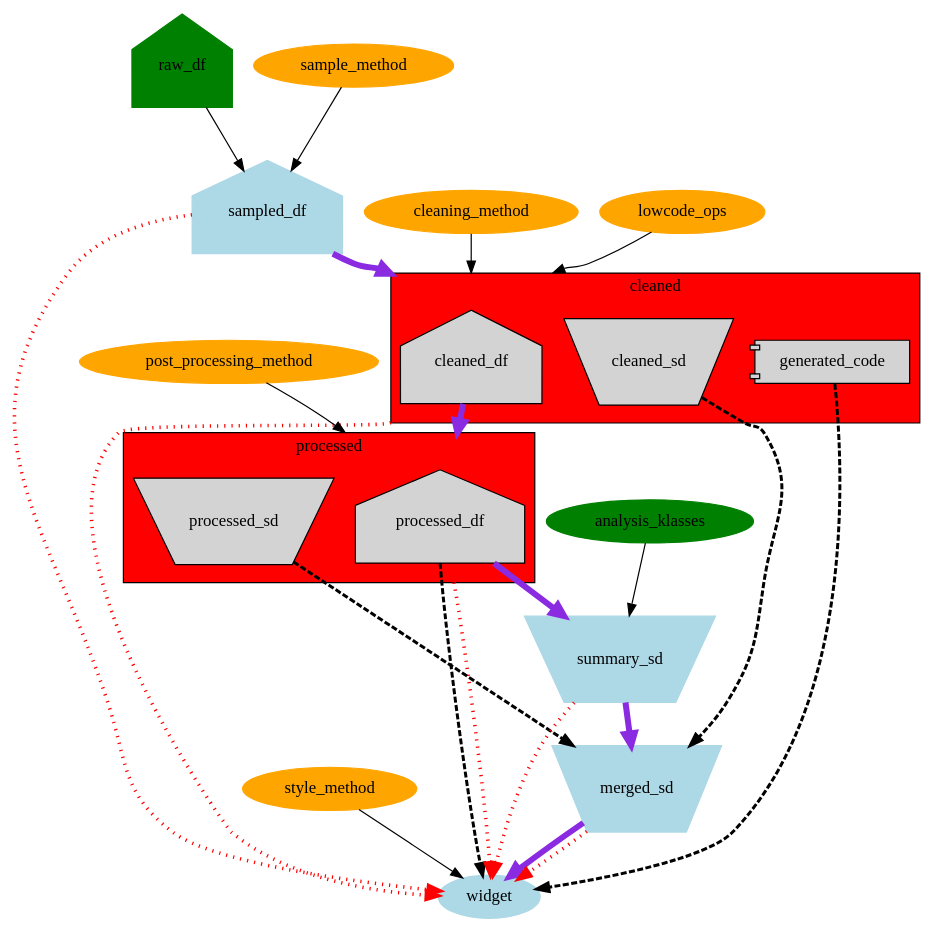
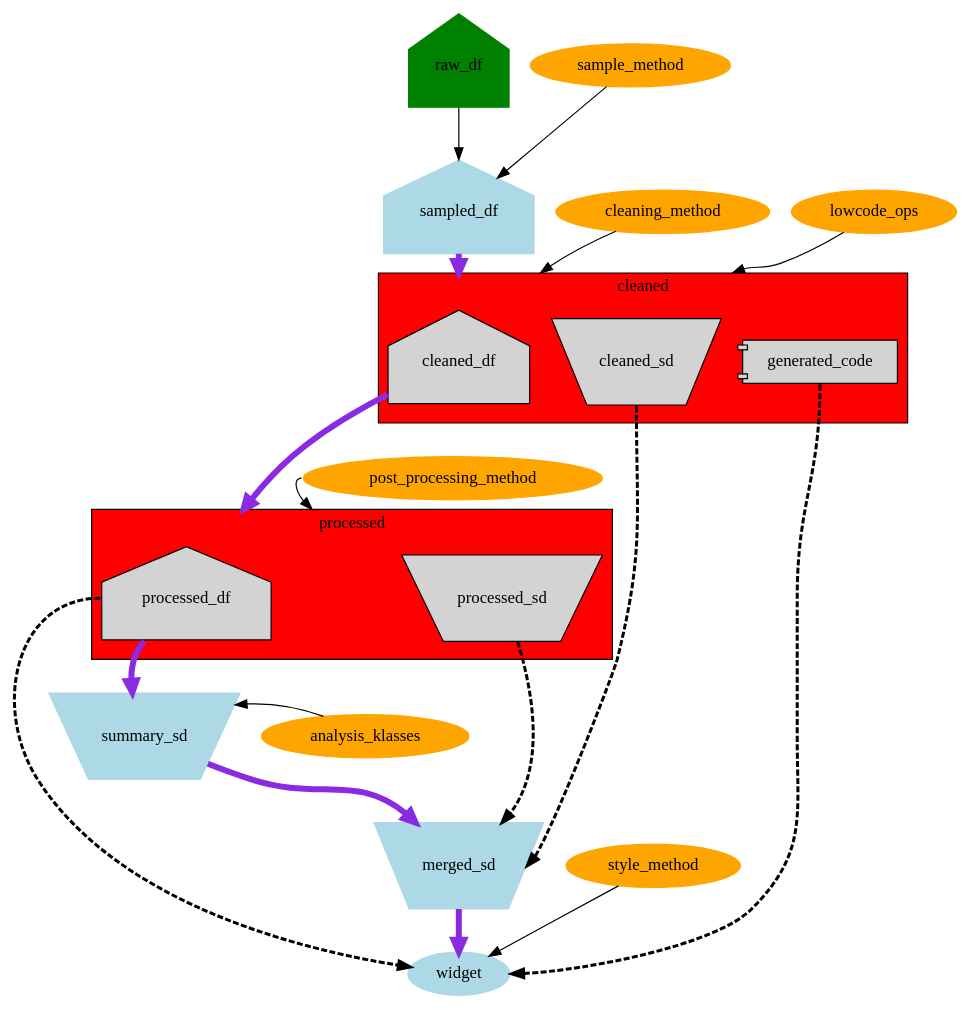
The diagram in docs/source/articles/dataflow.dot (paddymul/buckaroo), drawn with Graphviz before and after one commit. The commit also changed other lines of this file, not shown here.

Commit message:
more orderd graph

```diff
--- a/docs/source/articles/dataflow.dot
+++ b/docs/source/articles/dataflow.dot
@@ -1,69 +1,142 @@
 digraph g {
     compound=true;
-	ratio = fill;
-	k=.8
-	node [style=filled];
+    newrank=true;
+	node [style=filled;    ];
+
+//define nodes or cluster then links to the next level
+//level raw_df
 raw_df [color="green"; shape="house" height=1.2]
 sample_method [color="orange"];
 
-raw_df -> sampled_df;
-sample_method -> sampled_df;
+{
+    rank = same;
+    // Here you enforce the desired order with "invisible" edges and arrowheads
+    edge[ style=invis];
+    raw_df -> sample_method;
+    rankdir = LR;
+}
 
+    raw_df -> sampled_df [weight=20];
+    sample_method -> sampled_df;
+
+//sampled_df level
 sampled_df [color="lightblue"; shape="house" height=1.2];
 cleaning_method [color="orange"];
-lowcode_ops [color="orange"];
+lowcode_ops [color="orange" ];
+
+{
+    rank = same;
+    edge[ style=invis];
+    sampled_df -> cleaning_method -> lowcode_ops;
+    rankdir = LR;
+}
+	cleaning_method -> cleaned_df [lhead=cluster_cleaned]
+	lowcode_ops -> cleaned_sd [lhead=cluster_cleaned]
+
+//cluster cleaned level
 
 subgraph cluster_cleaned {
     label="cleaned";
     fillcolor="red";
     style=filled;
-    cleaned_df [shape="house" height=1.2;];
-    cleaned_sd [shape="invtrapezium" height=1 width=.5];
-    generated_code [shape="component"];
+
+    cleaned_df [shape="house" height=1.2;     ];
+    cleaned_sd [shape="invtrapezium" height=1 width=.5 group="sd"];
+    {
+        rank = same;
+        edge[ style=invis];
+        cleaned_df ->  cleaned_sd -> generated_code ;
+        rankdir = LR;
+    }
 }
 
-	sampled_df -> cleaned_df [lhead=cluster_cleaned; color="blueviolet"; penwidth = 5;]
-	cleaning_method -> cleaned_df [lhead=cluster_cleaned]
-	lowcode_ops -> cleaned_df [lhead=cluster_cleaned]
-  
+//forces post_processing_method onto a separate line
+cleaned_df -> post_processing_method[style=invis]; 
+post_processing_method [color="orange"];
 
-subgraph cluster_processed {
-	 label="processed";
-	 fillcolor="red";
-	 style=filled;
-     processed_df [shape="house" height=1.2];
-	 processed_sd  [shape="invtrapezium" height=1 width=.5];
+
+{
+    rank = same;
+    edge[ style=invis];
+    //foo  ->  post_processing_method;
+    //foo[style=invis]
+    rankdir = LR;
 }
 
-	cleaned_df -> processed_df[lhead=cluster_processed; color="blueviolet"; penwidth = 5; weight=3 ];
-	post_processing_method -> processed_df[lhead=cluster_processed];
-post_processing_method [color="orange"];
+	sampled_df -> cleaned_df [lhead=cluster_cleaned; color="blueviolet"; 
+	                          penwidth = 5; weight=60]
 
-    processed_df -> summary_sd [ color="blueviolet"; penwidth = 5; sametail="asdf" weight=5] ;
-	analysis_klasses -> summary_sd [weight=4];
+    post_processing_method -> processed_sd[headport="e" tailport="w" 
+                                          lhead=cluster_processed];
 
-summary_sd [color="lightblue" shape="invtrapezium" height=1 width=.5];
-analysis_klasses [color="green"];
+//cluster_processed level
+subgraph cluster_processed {
+	label="processed";
+	fillcolor="red";
+	style=filled;
+	processed_df [shape="house" height=1.2  group="summary"];
+	processed_sd  [shape="invtrapezium" height=1 width=.5 group="sd"];
+    {
+        rank = same;
+        edge[ style=invis];
+        processed_df -> processed_sd;
+        rankdir = LR;
+    }
+}
 
-	cleaned_sd -> merged_sd [style="dashed" weight=2.5 penwidth=2.5];
-	summary_sd -> merged_sd  [color="blueviolet"; penwidth = 5];
-	processed_sd -> merged_sd [style="dashed" penwidth=2.5];
+	cleaned_df -> processed_df[
+	    lhead=cluster_processed; color="blueviolet"; weight=100; penwidth = 5;  ];
 
-merged_sd [color="lightblue"; shape="invtrapezium" height=1 width=.5]
+
+    processed_df -> summary_sd [ color="blueviolet"; penwidth = 5; weight=6;
+                                tailport="sw" weight=50] ;
+    
+    {
+        rank=same;
+        analysis_klasses [color="orange"  group="summary"];
+        summary_sd;
+        summary_sd -> analysis_klasses [style=invis;]
+    }
+	analysis_klasses -> summary_sd  ;
+
+
+summary_sd [color="lightblue" shape="invtrapezium" height=1 width=.5 group="summary"];
+//analysis_klasses [color="green"];
+
+	summary_sd -> merged_sd  [color="blueviolet"; penwidth = 5; headport="nw" weight=60];
+	processed_sd -> merged_sd [style="dashed" headport="ne" weight=40 penwidth=2.5];
+
+	cleaned_sd -> merged_sd [style="dashed" tailport="s" headport="e" weight=10  penwidth=2.5];
+
+merged_sd [color="lightblue"; shape="invtrapezium" height=1 width=.5 group="sd"]
+style_method [color="orange"];
+    {rank=same;
+    node [style="invis"]
+    edge [style="invis" headport="s" tailport="s"]
+    merged_sd -> style_method;
+    
+    }
+	style_method -> widget ;
+
+    processed_df -> widget [style="dashed" weight=2.8 tailport="w" penwidth=2.5];
+    merged_sd -> widget [color="blueviolet"; penwidth = 5; ];
+    
+    //merged_sd -> style_method[style=invis]; //forces style_method onto a separate rank
+	generated_code -> widget [style="dashed"  penwidth=2.5; tailport="s" headport="e" samehead="right"];
+    generated_code [shape="component"; ];
+
 
 widget [color="lightblue"];
-        processed_df -> widget [style="dashed" weight=2.8 penwidth=2.5];
-        merged_sd -> widget [color="blueviolet"; penwidth = 5];
-	style_method -> widget ;
-	generated_code -> widget [style="dashed" weight=2 penwidth=2.5];
 
-style_method [color="orange"];
 
-sampled_df   -> widget   [ style="dotted" penwidth=3 color="red" constraint=false ]
-cleaned_df   -> widget   [ style="dotted" penwidth=3 color="red" constraint=false ltail=cluster_cleaned ]
-processed_df -> widget   [ style="dotted" penwidth=3 color="red" constraint=false ltail=cluster_processed ]
-summary_sd   -> widget   [ style="dotted" penwidth=3 color="red" constraint=false ]
-merged_sd    -> widget   [ style="dotted" penwidth=3 color="red" constraint=false ]
+
+// sampled_df   -> widget   [ style="dotted" penwidth=3 color="red" constraint=false ]
+// cleaned_df   -> widget   [ style="dotted" penwidth=3 color="red" constraint=false ltail=cluster_cleaned ]
+// processed_df -> widget   [ style="dotted" penwidth=3 color="red" constraint=false ltail=cluster_processed ]
+// summary_sd   -> widget   [ style="dotted" penwidth=3 color="red" constraint=false ]
+// merged_sd    -> widget   [ style="dotted" penwidth=3 color="red" constraint=false ]
+
+
 
 
 }
```
